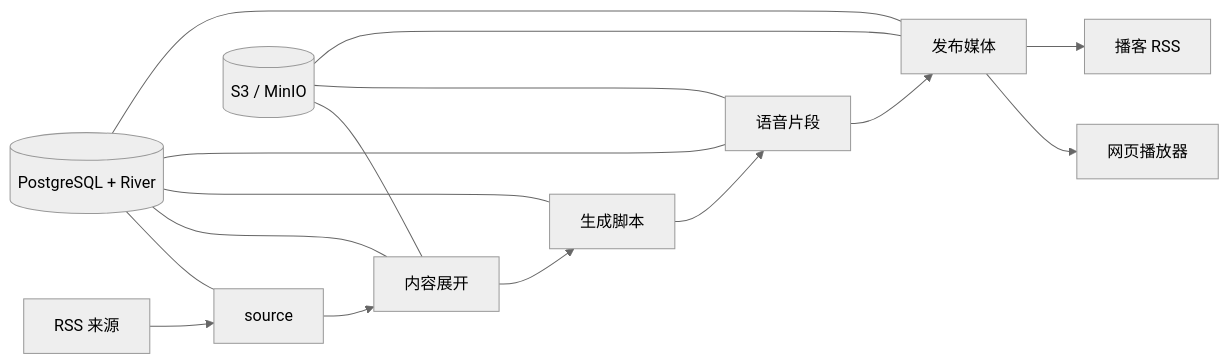
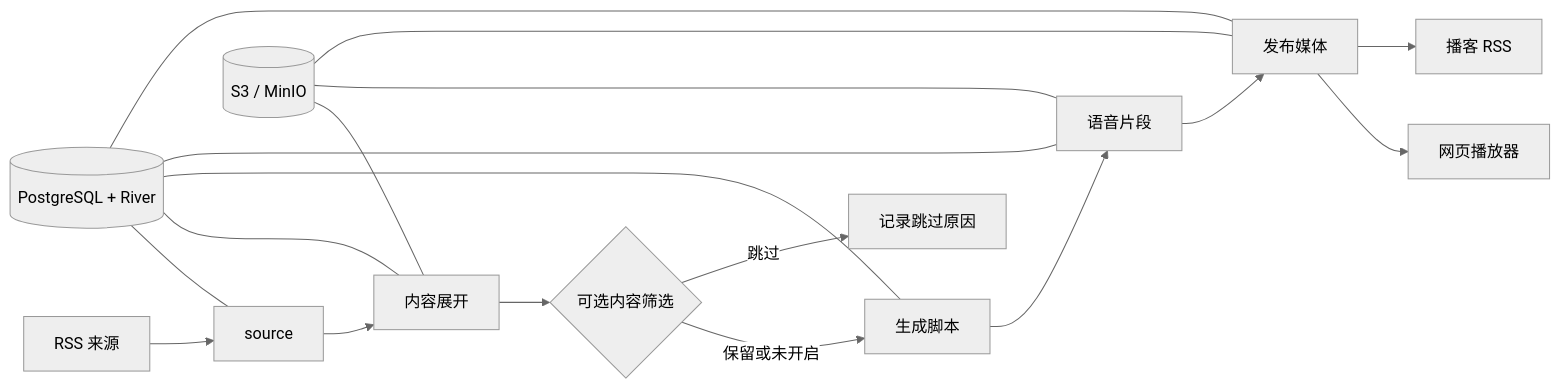
Before and after one commit to synrise25/rss-pod: the diagram in README.zh-CN.md, drawn with Mermaid (neutral theme). The commit also changed other lines of this file and 22 other files, not shown here.

````diff
--- a/README.zh-CN.md
+++ b/README.zh-CN.md
@@ -55,19 +55,21 @@
 ```mermaid
 flowchart LR
     RSS[RSS 来源] --> Source[source]
     Source --> Content[内容展开]
-    Content --> LLM[生成脚本]
+    Content --> Screening{可选内容筛选}
+    Screening -->|保留或未开启| LLM[生成脚本]
+    Screening -->|跳过| Skipped[记录跳过原因]
     LLM --> TTS[语音片段]
     TTS --> Media[发布媒体]
     Media --> Player[网页播放器]
     Media --> Feed[播客 RSS]
 
     DB[(PostgreSQL + River)] --- Source
     DB --- Content
     DB --- LLM
     DB --- TTS
     DB --- Media
     S3[(S3 / MinIO)] --- Content
     S3 --- TTS
     S3 --- Media
 ```
````
